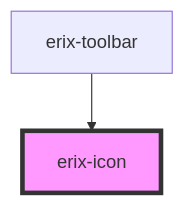
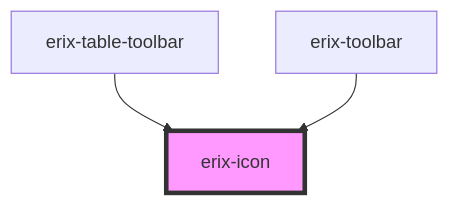
The diagram in src/components/ui/erix-icon/readme.md (NopeThisIsShini/erix_editor), drawn with Mermaid before and after one commit. The commit also changed other lines of this file and 10 other files, not shown here.

````diff
--- a/src/components/ui/erix-icon/readme.md
+++ b/src/components/ui/erix-icon/readme.md
@@ -23,5 +23,6 @@
 ```mermaid
 graph TD;
+  erix-table-toolbar --> erix-icon
   erix-toolbar --> erix-icon
   style erix-icon fill:#f9f,stroke:#333,stroke-width:4px
 ```
````
